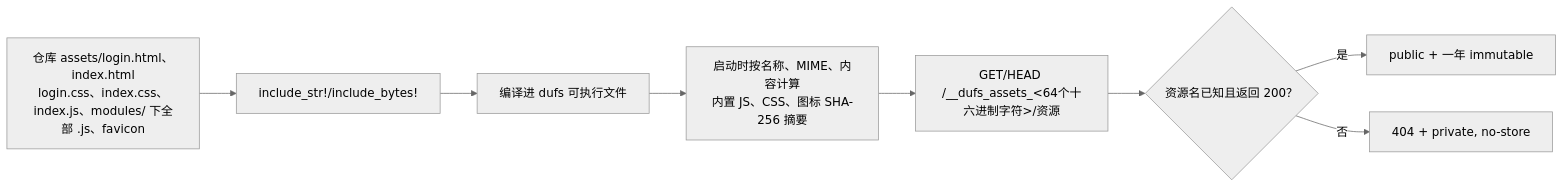
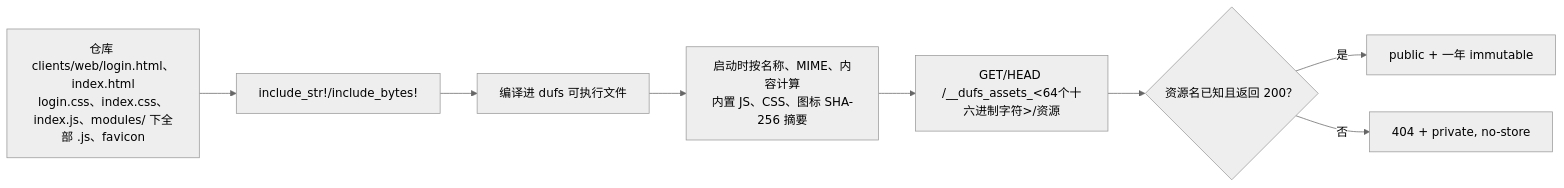
Before and after one commit to isarmg/dufs-ram: the seventh of 22 diagrams in docs/project-workflow.md, drawn with Mermaid (neutral theme). The commit also changed other lines of this file and 15 other files, not shown here.

````diff
--- a/docs/project-workflow.md
+++ b/docs/project-workflow.md
@@ -296,10 +296,10 @@
 ```mermaid
 flowchart LR
-    SOURCE["仓库 assets/login.html、index.html<br/>login.css、index.css、index.js、modules/ 下全部 .js、favicon"] --> COMPILE["include_str!/include_bytes!"]
+    SOURCE["仓库 clients/web/login.html、index.html<br/>login.css、index.css、index.js、modules/ 下全部 .js、favicon"] --> COMPILE["include_str!/include_bytes!"]
     COMPILE --> BINARY["编译进 dufs 可执行文件"]
     BINARY --> HASH["启动时按名称、MIME、内容计算<br/>内置 JS、CSS、图标 SHA-256 摘要"]
     HASH --> URL["GET/HEAD /__dufs_assets_&lt;64个十六进制字符&gt;/资源"]
     URL --> KNOWN{"资源名已知且返回 200？"}
     KNOWN -- 是 --> CACHE["public + 一年 immutable"]
     KNOWN -- 否 --> MISS["404 + private, no-store"]
 ```
````
